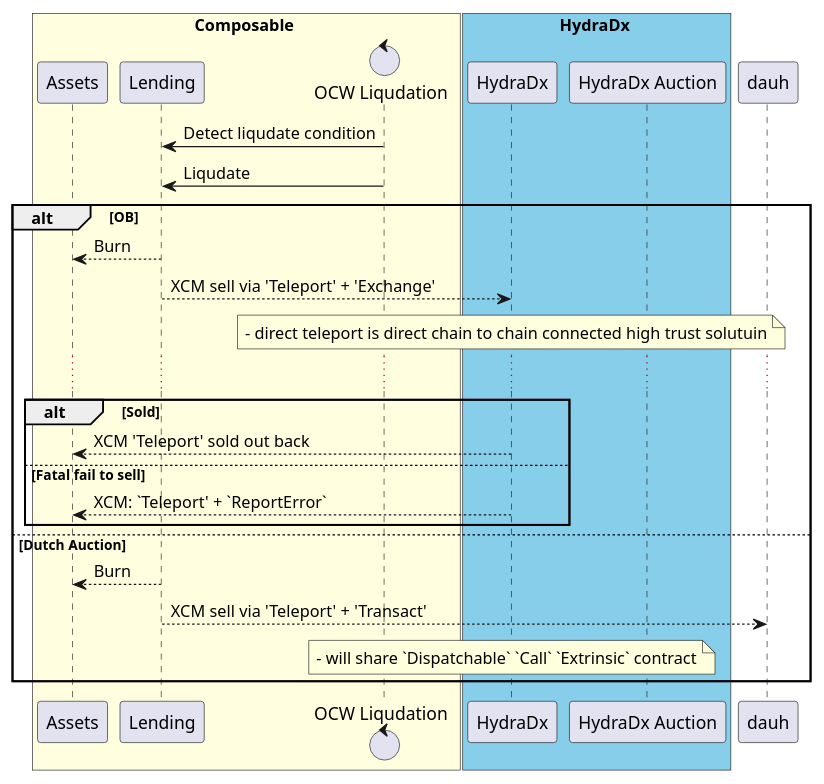
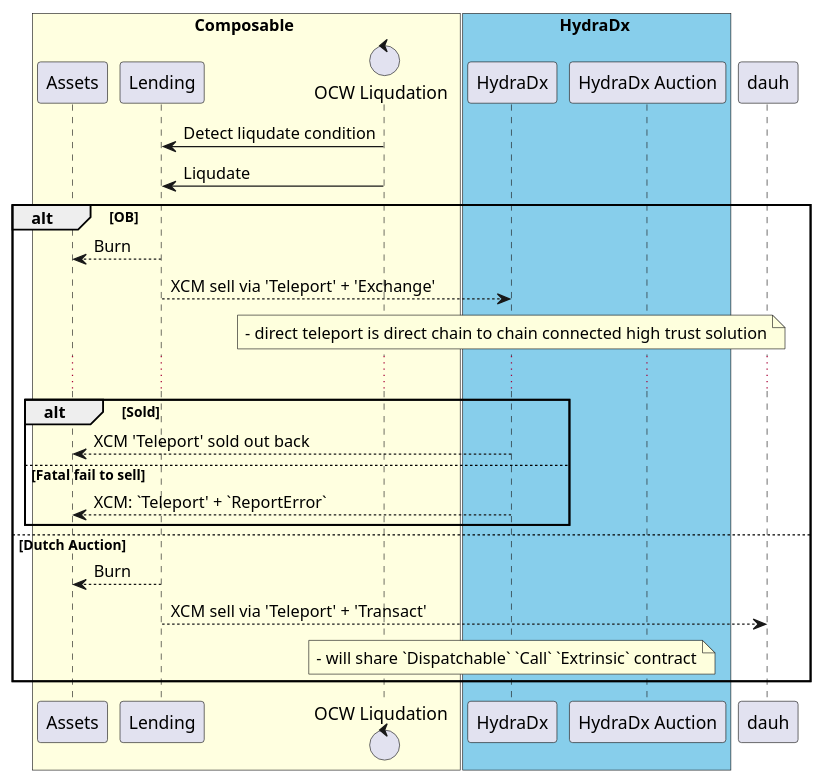
The diagram in frame/xcmp/dex-messages.plantuml (ComposableFi/composable), drawn with PlantUML before and after one commit. The commit also changed 2 other files, not shown here.

```diff
--- a/frame/xcmp/dex-messages.plantuml
+++ b/frame/xcmp/dex-messages.plantuml
@@ -1,39 +1,39 @@
 @startuml
 
 box Composable #LightYellow
   participant "Assets" as pas
   participant "Lending" as pl
   control "OCW Liqudation" as cl
 end box
 
 box HydraDx #SkyBlue
   participant "HydraDx" as pah
   participant "HydraDx Auction" as pauh
 end box
 
 cl -> pl: Detect liqudate condition
 
 cl -> pl: Liqudate
 
 alt OB
   pl --> pas: Burn
   pl --> pah: XCM sell via 'Teleport' + 'Exchange'
   note over pah
-    - direct teleport is direct chain to chain connected high trust solutuin
+    - direct teleport is direct chain to chain connected high trust solution
   end note
   ...
   alt Sold
     pah --> pas: XCM 'Teleport' sold out back
   else Fatal fail to sell
     pah --> pas: XCM: `Teleport' + `ReportError`
   end
 else Dutch Auction
   pl --> pas: Burn
   pl --> dauh: XCM sell via 'Teleport' + 'Transact'
   note over pah
     - will share `Dispatchable` `Call` `Extrinsic` contract
   end note
 end
 
 
 @enduml
```
